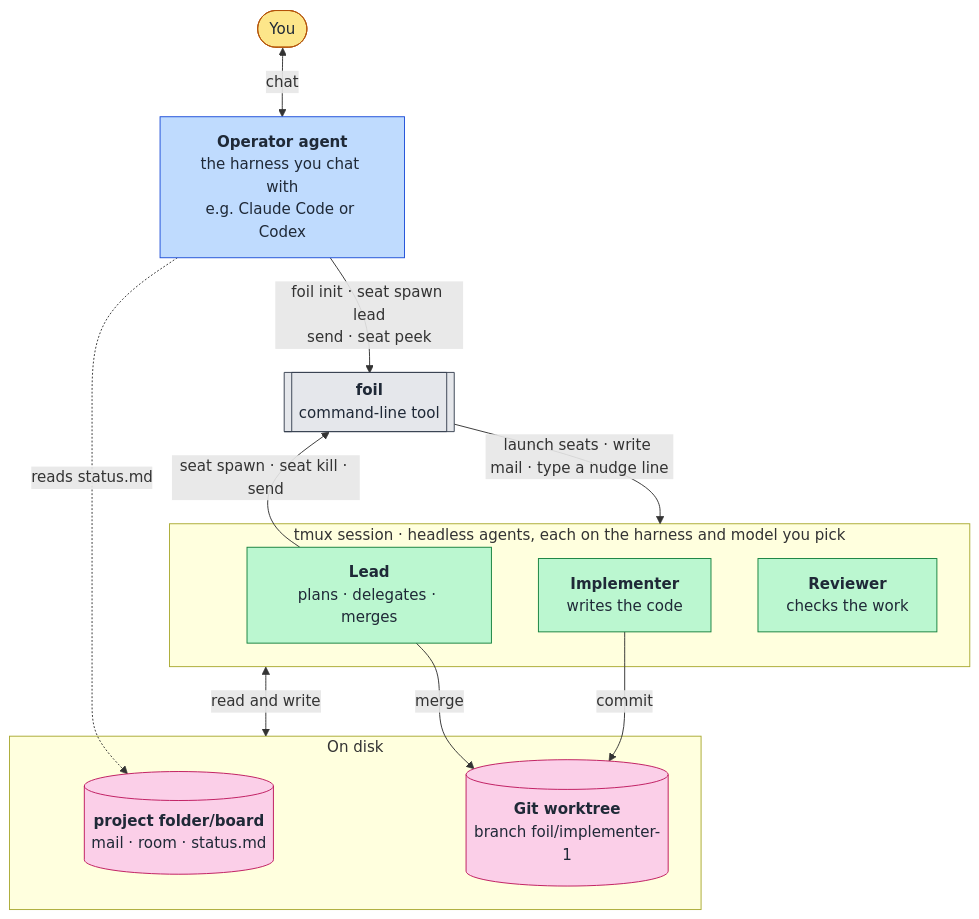
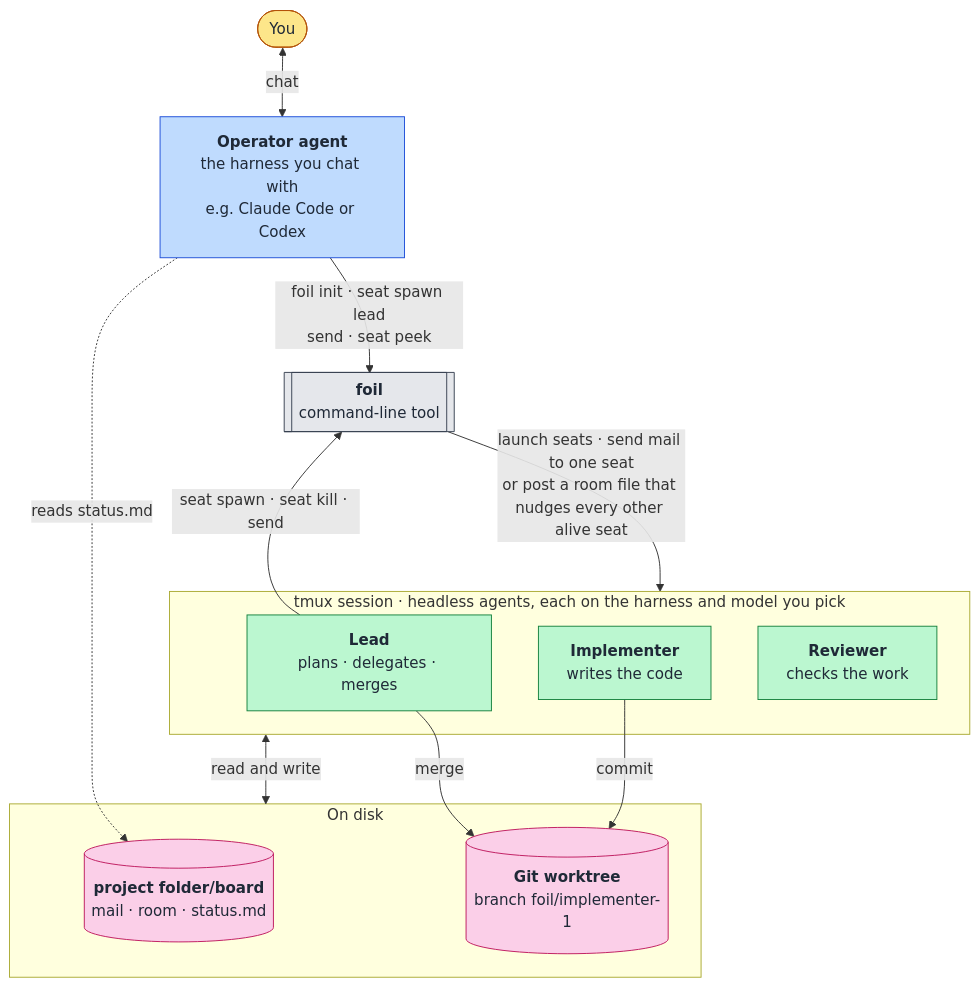
One commit to TiantianFlow/foil changed the diagram in README.md. Above: the diagram before and after it, drawn with Mermaid. The commit also changed other lines of this file and 4 other files, not shown here.

````diff
--- a/README.md
+++ b/README.md
@@ -36,37 +36,37 @@
 ```mermaid
 flowchart TB
   you(["You"])
   operator["<b>Operator agent</b><br/>the harness you chat with<br/>e.g. Claude Code or Codex"]
   foil[["<b>foil</b><br/>command-line tool"]]
 
   subgraph fleet["tmux session · headless agents, each on the harness and model you pick"]
     lead["<b>Lead</b><br/>plans · delegates · merges"]
     impl["<b>Implementer</b><br/>writes the code"]
     rev["<b>Reviewer</b><br/>checks the work"]
   end
 
   subgraph disk["On disk"]
     board[("<b>project folder/board</b><br/>mail · room · status.md")]
     tree[("<b>Git worktree</b><br/>branch foil/implementer-1")]
   end
 
   you <-->|chat| operator
   operator -->|"foil init · seat spawn lead<br/>send · seat peek"| foil
   lead -->|"seat spawn · seat kill · send"| foil
-  foil -->|"launch seats · write mail · type a nudge line"| fleet
+  foil -->|"launch seats · send mail to one seat<br/>or post a room file that nudges every other alive seat"| fleet
   fleet <-->|read and write| disk
   impl -->|commit| tree
   lead -->|merge| tree
   operator -.->|reads status.md| board
 
   classDef human fill:#fde68a,stroke:#b45309,color:#1f2937
   classDef yours fill:#bfdbfe,stroke:#1d4ed8,color:#1f2937
   classDef tool fill:#e5e7eb,stroke:#374151,color:#1f2937
   classDef seat fill:#bbf7d0,stroke:#15803d,color:#1f2937
   classDef data fill:#fbcfe8,stroke:#be185d,color:#1f2937
   class you human
   class operator yours
   class foil tool
   class lead,impl,rev seat
   class board,tree data
 ```
````
